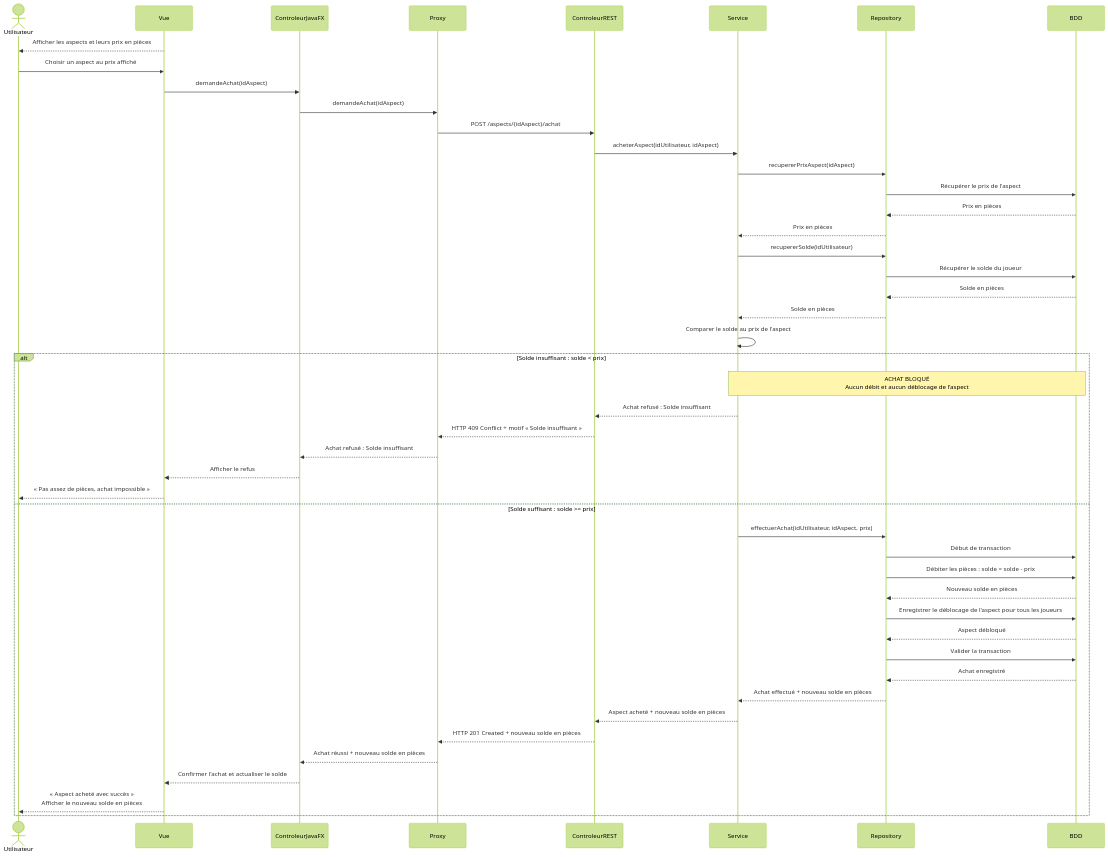
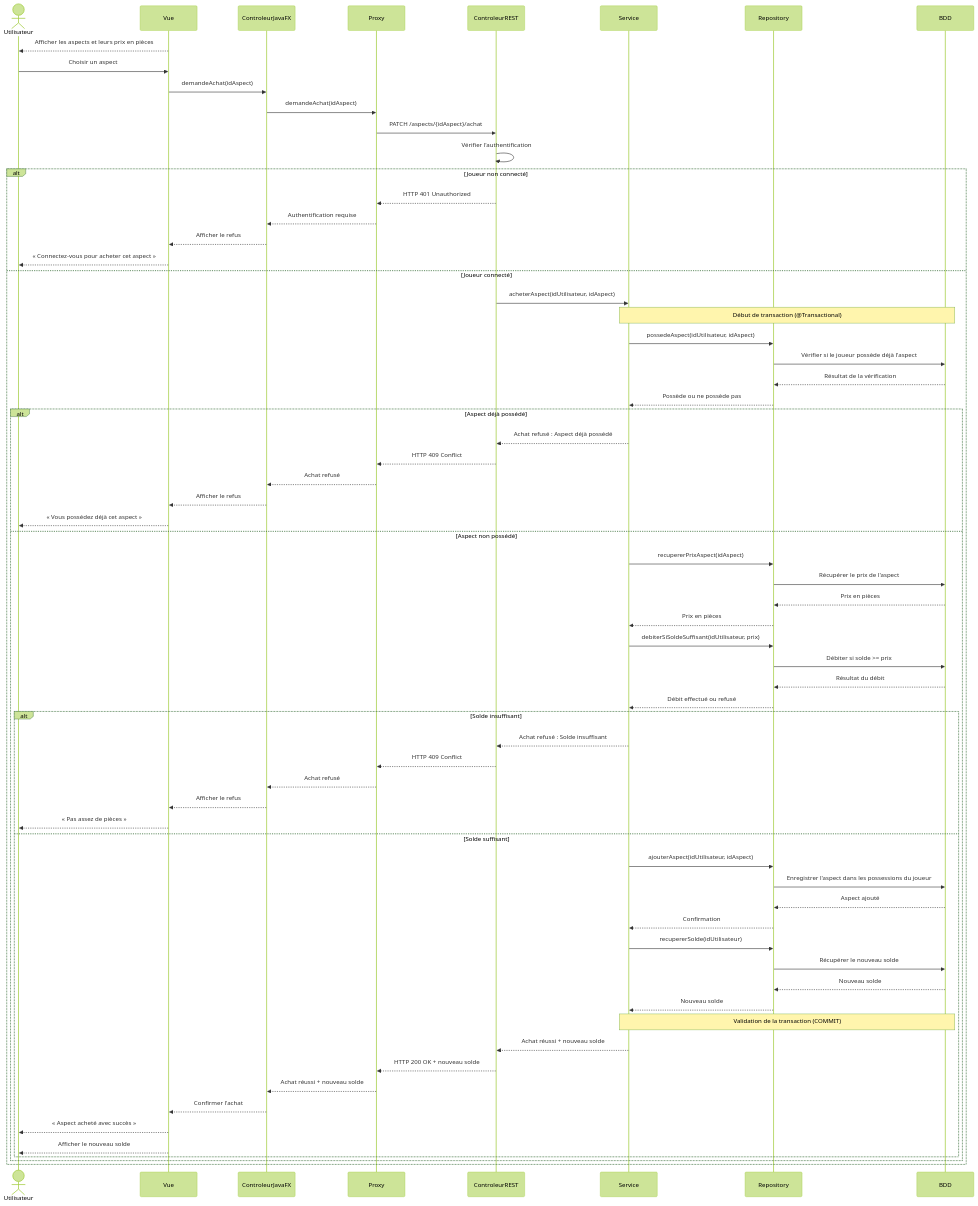
One commit to AbdelkaderCms/skull-groupe-2 changed the diagram in Conception/diagrammes-sequence/acheter_un_aspect.mmd. Above: the diagram before and after it, drawn with Mermaid (forest theme). The commit also changed 18 other files, not shown here.

```diff
--- a/Conception/diagrammes-sequence/acheter_un_aspect.mmd
+++ b/Conception/diagrammes-sequence/acheter_un_aspect.mmd
@@ -1,50 +1,82 @@
+
 sequenceDiagram
     actor U as Utilisateur
     participant V as Vue
     participant C as ControleurJavaFX
     participant P as Proxy
     participant API as ControleurREST
     participant S as Service
     participant R as Repository
     participant DB as BDD
 
     V-->>U: Afficher les aspects et leurs prix en pièces
-    U->>V: Choisir un aspect au prix affiché
+    U->>V: Choisir un aspect
     V->>C: demandeAchat(idAspect)
     C->>P: demandeAchat(idAspect)
-    P->>API: POST /aspects/{idAspect}/achat
-    API->>S: acheterAspect(idUtilisateur, idAspect)
+    P->>API: PATCH /aspects/{idAspect}/achat
 
-    S->>R: recupererPrixAspect(idAspect)
-    R->>DB: Récupérer le prix de l'aspect
-    DB-->>R: Prix en pièces
-    R-->>S: Prix en pièces
-    S->>R: recupererSolde(idUtilisateur)
-    R->>DB: Récupérer le solde du joueur
-    DB-->>R: Solde en pièces
-    R-->>S: Solde en pièces
-    S->>S: Comparer le solde au prix de l'aspect
+    API->>API: Vérifier l'authentification
 
-    alt Solde insuffisant : solde < prix
-        Note over S,DB: ACHAT BLOQUÉ<br/>Aucun débit et aucun déblocage de l'aspect
-        S-->>API: Achat refusé : Solde insuffisant
-        API-->>P: HTTP 409 Conflict + motif « Solde insuffisant »
-        P-->>C: Achat refusé : Solde insuffisant
+    alt Joueur non connecté
+        API-->>P: HTTP 401 Unauthorized
+        P-->>C: Authentification requise
         C-->>V: Afficher le refus
-        V-->>U: « Pas assez de pièces, achat impossible »
-    else Solde suffisant : solde >= prix
-        S->>R: effectuerAchat(idUtilisateur, idAspect, prix)
-        R->>DB: Début de transaction
-        R->>DB: Débiter les pièces : solde = solde - prix
-        DB-->>R: Nouveau solde en pièces
-        R->>DB: Enregistrer le déblocage de l'aspect pour tous les joueurs
-        DB-->>R: Aspect débloqué
-        R->>DB: Valider la transaction
-        DB-->>R: Achat enregistré
-        R-->>S: Achat effectué + nouveau solde en pièces
-        S-->>API: Aspect acheté + nouveau solde en pièces
-        API-->>P: HTTP 201 Created + nouveau solde en pièces
-        P-->>C: Achat réussi + nouveau solde en pièces
-        C-->>V: Confirmer l'achat et actualiser le solde
-        V-->>U: « Aspect acheté avec succès »<br/>Afficher le nouveau solde en pièces
+        V-->>U: « Connectez-vous pour acheter cet aspect »
+
+    else Joueur connecté
+        API->>S: acheterAspect(idUtilisateur, idAspect)
+
+        Note over S,DB: Début de transaction (@Transactional)
+
+        S->>R: possedeAspect(idUtilisateur, idAspect)
+        R->>DB: Vérifier si le joueur possède déjà l'aspect
+        DB-->>R: Résultat de la vérification
+        R-->>S: Possède ou ne possède pas
+
+        alt Aspect déjà possédé
+            S-->>API: Achat refusé : Aspect déjà possédé
+            API-->>P: HTTP 409 Conflict
+            P-->>C: Achat refusé
+            C-->>V: Afficher le refus
+            V-->>U: « Vous possédez déjà cet aspect »
+
+        else Aspect non possédé
+            S->>R: recupererPrixAspect(idAspect)
+            R->>DB: Récupérer le prix de l'aspect
+            DB-->>R: Prix en pièces
+            R-->>S: Prix en pièces
+
+            S->>R: debiterSiSoldeSuffisant(idUtilisateur, prix)
+            R->>DB: Débiter si solde >= prix
+            DB-->>R: Résultat du débit
+            R-->>S: Débit effectué ou refusé
+
+            alt Solde insuffisant
+                S-->>API: Achat refusé : Solde insuffisant
+                API-->>P: HTTP 409 Conflict
+                P-->>C: Achat refusé
+                C-->>V: Afficher le refus
+                V-->>U: « Pas assez de pièces »
+
+            else Solde suffisant
+                S->>R: ajouterAspect(idUtilisateur, idAspect)
+                R->>DB: Enregistrer l'aspect dans les possessions du joueur
+                DB-->>R: Aspect ajouté
+                R-->>S: Confirmation
+
+                S->>R: recupererSolde(idUtilisateur)
+                R->>DB: Récupérer le nouveau solde
+                DB-->>R: Nouveau solde
+                R-->>S: Nouveau solde
+
+                Note over S,DB: Validation de la transaction (COMMIT)
+
+                S-->>API: Achat réussi + nouveau solde
+                API-->>P: HTTP 200 OK + nouveau solde
+                P-->>C: Achat réussi + nouveau solde
+                C-->>V: Confirmer l'achat
+                V-->>U: « Aspect acheté avec succès »
+                V-->>U: Afficher le nouveau solde
+            end
+        end
     end
```
